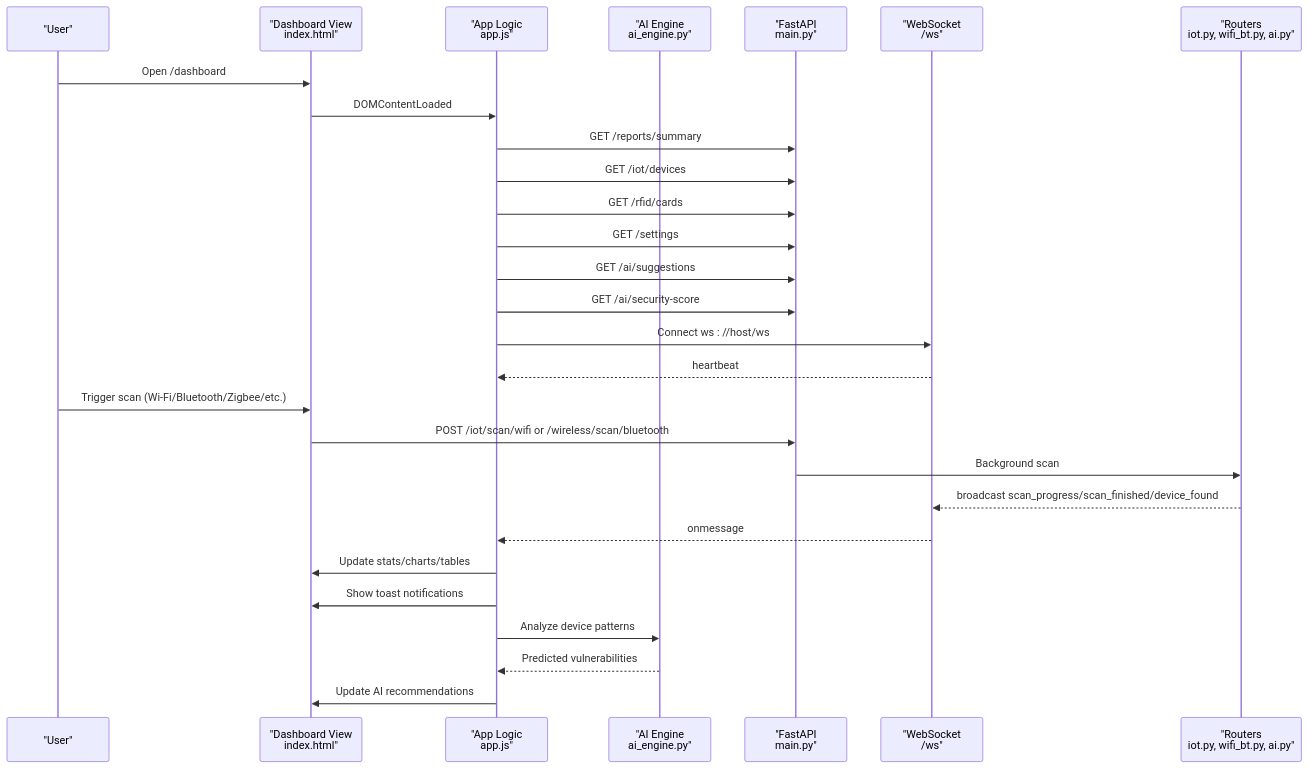
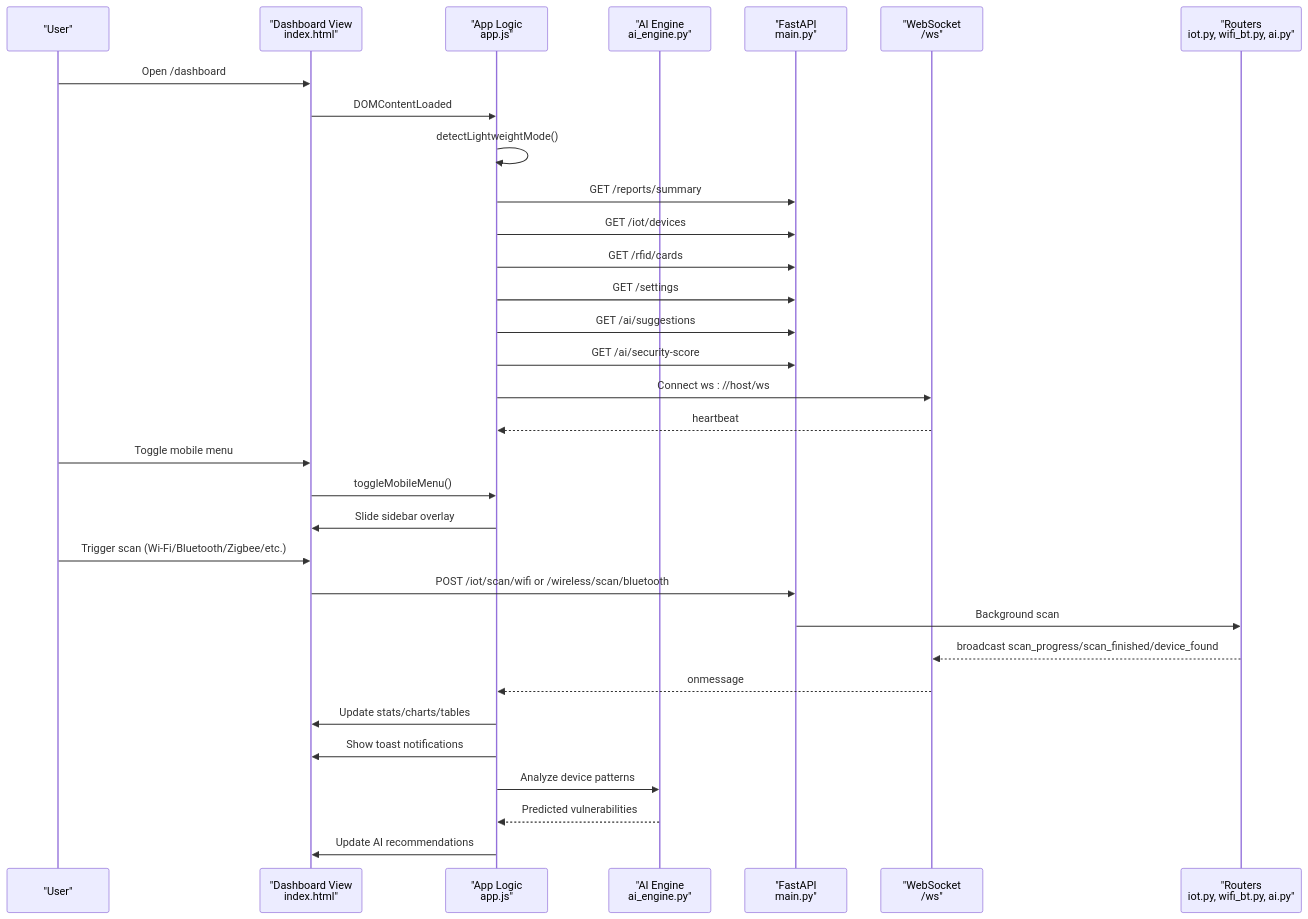
Before and after one commit to MohandWaleed3/PentexOne: the second of 16 diagrams in .qoder/repowiki/en/content/Frontend Dashboard.md, drawn with Mermaid. The commit also changed other lines of this file and 17 other files, not shown here.

````diff
--- a/.qoder/repowiki/en/content/Frontend Dashboard.md
+++ b/.qoder/repowiki/en/content/Frontend Dashboard.md
@@ -104,30 +110,34 @@
 ```mermaid
 sequenceDiagram
 participant U as "User"
 participant V as "Dashboard View<br/>index.html"
 participant JS as "App Logic<br/>app.js"
 participant AI as "AI Engine<br/>ai_engine.py"
 participant API as "FastAPI<br/>main.py"
 participant WS as "WebSocket<br/>/ws"
 participant RT as "Routers<br/>iot.py, wifi_bt.py, ai.py"
 U->>V : Open /dashboard
 V->>JS : DOMContentLoaded
+JS->>JS : detectLightweightMode()
 JS->>API : GET /reports/summary
 JS->>API : GET /iot/devices
 JS->>API : GET /rfid/cards
 JS->>API : GET /settings
 JS->>API : GET /ai/suggestions
 JS->>API : GET /ai/security-score
 JS->>WS : Connect ws : //host/ws
 WS-->>JS : heartbeat
+U->>V : Toggle mobile menu
+V->>JS : toggleMobileMenu()
+JS->>V : Slide sidebar overlay
 U->>V : Trigger scan (Wi-Fi/Bluetooth/Zigbee/etc.)
 V->>API : POST /iot/scan/wifi or /wireless/scan/bluetooth
 API->>RT : Background scan
 RT-->>WS : broadcast scan_progress/scan_finished/device_found
 WS-->>JS : onmessage
 JS->>V : Update stats/charts/tables
 JS->>V : Show toast notifications
 JS->>AI : Analyze device patterns
 AI-->>JS : Predicted vulnerabilities
 JS->>V : Update AI recommendations
 ```
````
